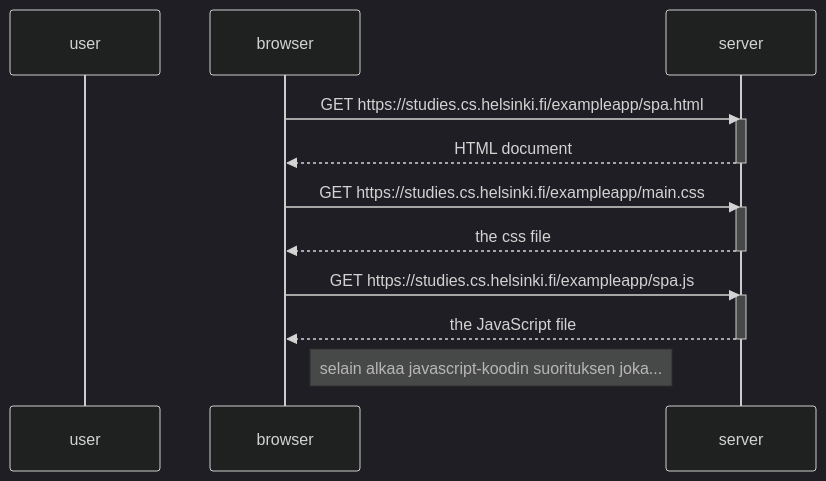
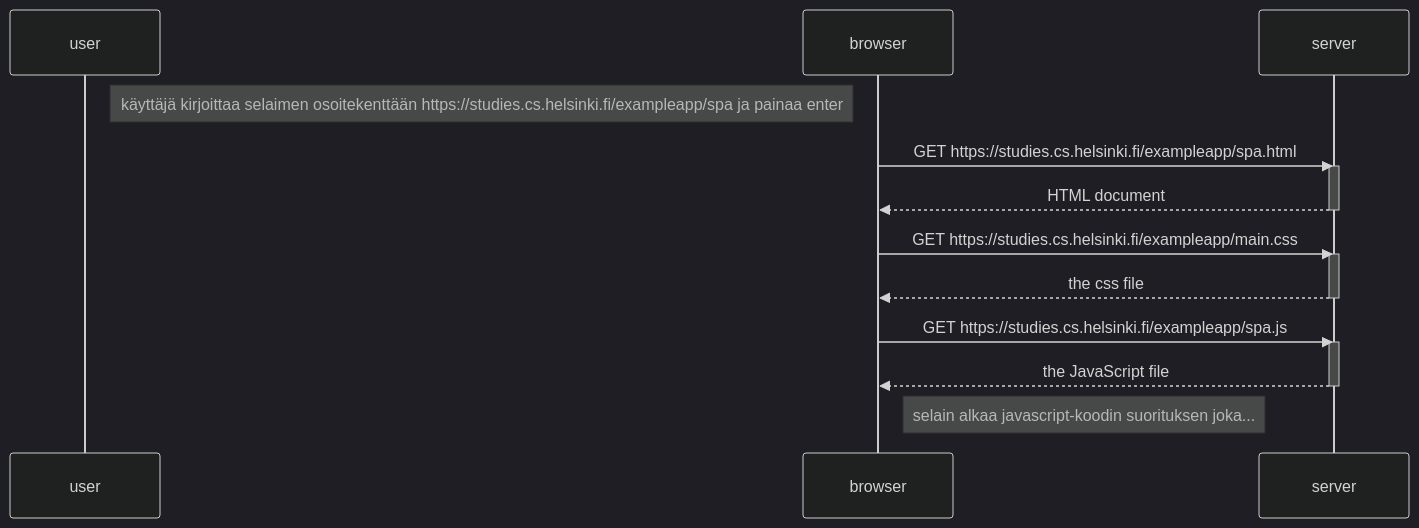
Before and after one commit to moocjsi/mooc-harj03: the diagram in mermaid-test7.md, drawn with Mermaid (dark theme).

````diff
--- a/mermaid-test7.md
+++ b/mermaid-test7.md
@@ -2,24 +2,26 @@
 ```mermaid
 sequenceDiagram
     participant user
     participant browser
     participant server
+
+    Note right of user: käyttäjä kirjoittaa selaimen osoitekenttään https://studies.cs.helsinki.fi/exampleapp/spa ja painaa enter
     
     browser->>server: GET https://studies.cs.helsinki.fi/exampleapp/spa.html
     activate server
     server-->>browser: HTML document
     deactivate server
 
     browser->>server: GET https://studies.cs.helsinki.fi/exampleapp/main.css
     activate server
     server-->>browser: the css file
     deactivate server
 
     browser->>server: GET https://studies.cs.helsinki.fi/exampleapp/spa.js
     activate server
     server-->>browser: the JavaScript file
     deactivate server
 
     Note right of browser: selain alkaa  javascript-koodin suorituksen joka...
 
 ```
````
